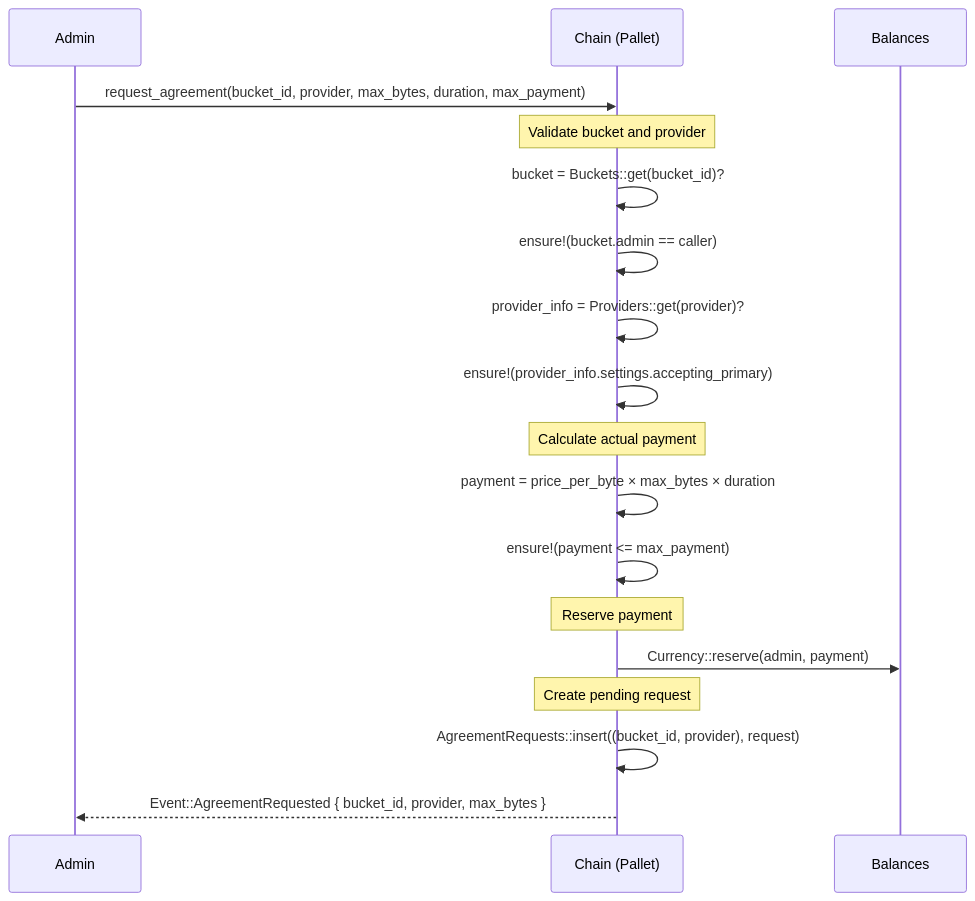
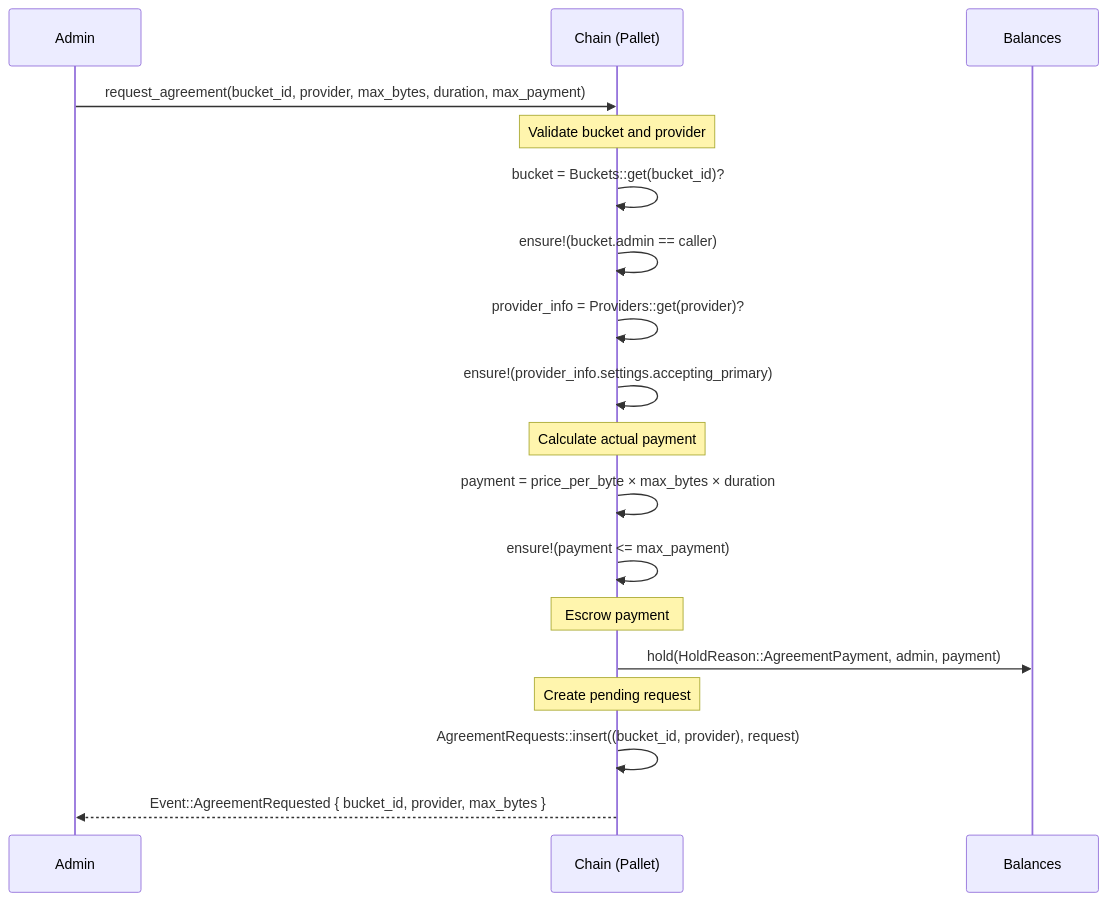
The fourth of 13 diagrams in docs/reference/EXECUTION_FLOWS.md (paritytech/web3-storage), drawn with Mermaid before and after one commit. The commit also changed other lines of this file and 20 other files, not shown here.

````diff
--- a/docs/reference/EXECUTION_FLOWS.md
+++ b/docs/reference/EXECUTION_FLOWS.md
@@ -211,26 +211,26 @@
 ```mermaid
 sequenceDiagram
     participant A as Admin
     participant C as Chain (Pallet)
     participant B as Balances
 
     A->>C: request_agreement(bucket_id, provider, max_bytes, duration, max_payment)
 
     Note over C: Validate bucket and provider
     C->>C: bucket = Buckets::get(bucket_id)?
     C->>C: ensure!(bucket.admin == caller)
     C->>C: provider_info = Providers::get(provider)?
     C->>C: ensure!(provider_info.settings.accepting_primary)
 
     Note over C: Calculate actual payment
     C->>C: payment = price_per_byte × max_bytes × duration
     C->>C: ensure!(payment <= max_payment)
 
-    Note over C: Reserve payment
-    C->>B: Currency::reserve(admin, payment)
+    Note over C: Escrow payment
+    C->>B: hold(HoldReason::AgreementPayment, admin, payment)
 
     Note over C: Create pending request
     C->>C: AgreementRequests::insert((bucket_id, provider), request)
 
     C-->>A: Event::AgreementRequested { bucket_id, provider, max_bytes }
 ```
````
